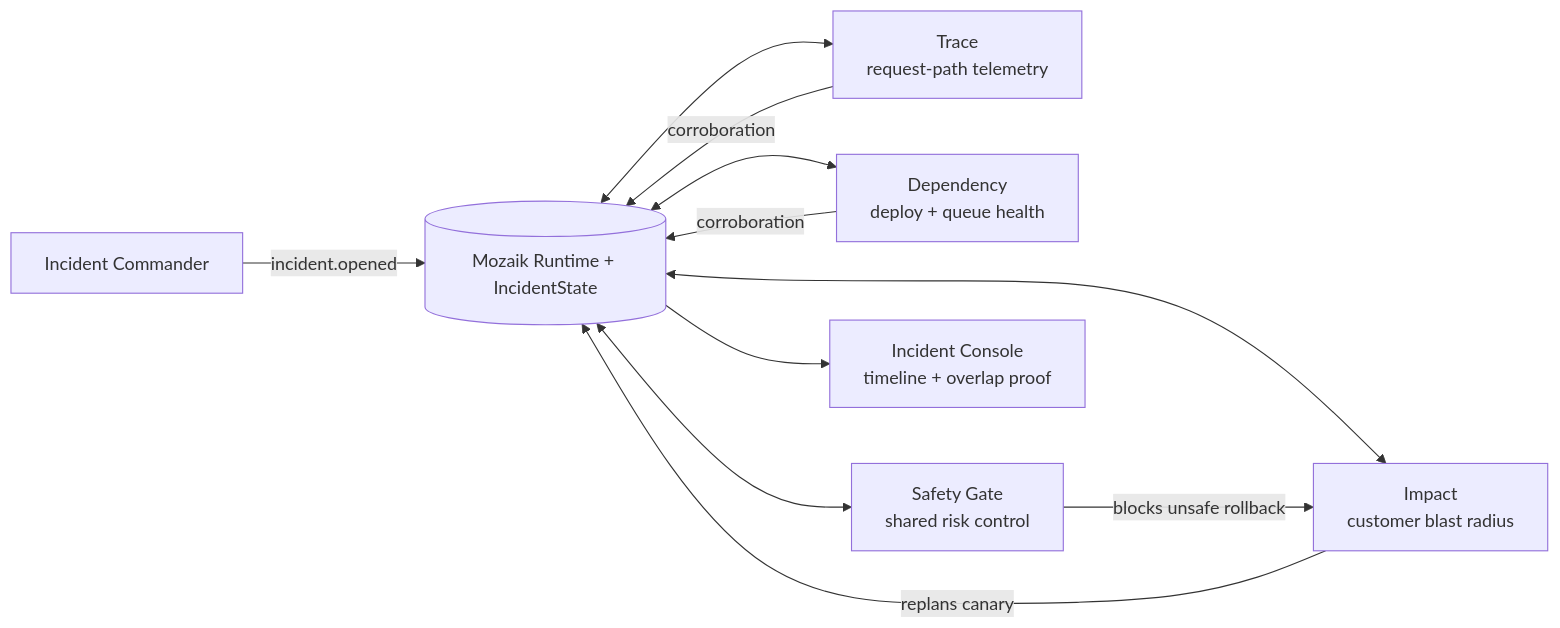
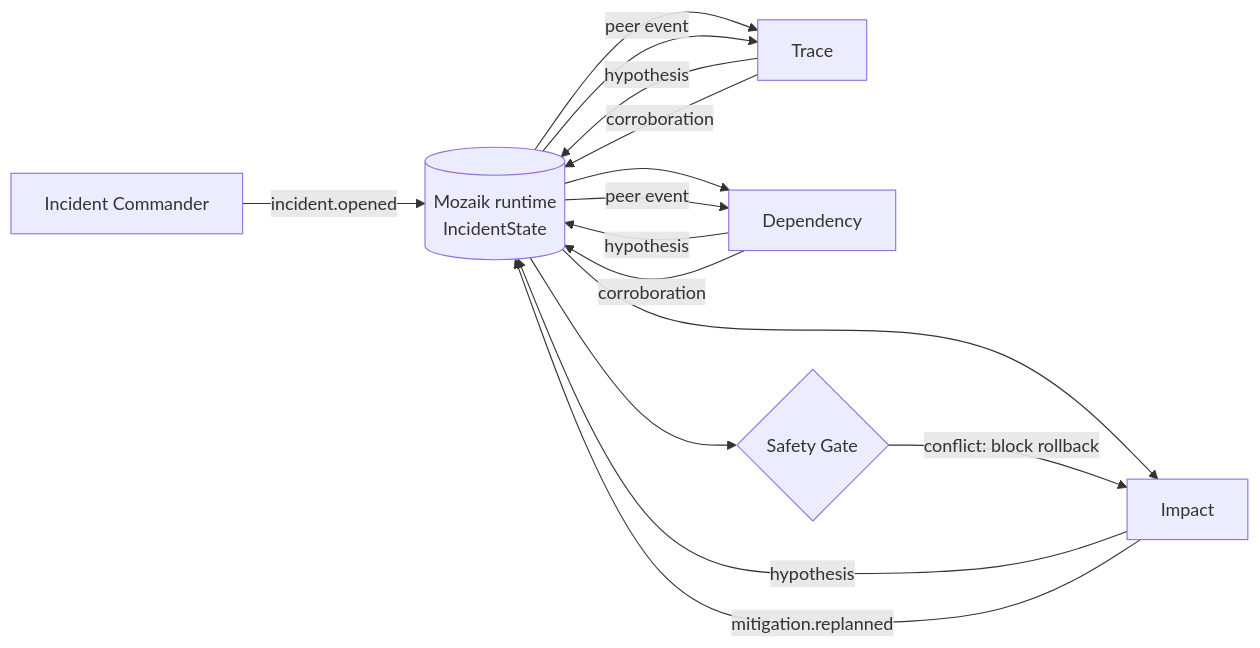
One commit to 1337isnot1337/incidentmesh changed the diagram in README.md. Above: the diagram before and after it, drawn with Mermaid. The commit also changed other lines of this file and 19 other files, not shown here.

````diff
--- a/README.md
+++ b/README.md
@@ -9,13 +92,17 @@
 ```mermaid
 flowchart LR
-  Commander[Incident Commander] -->|incident.opened| Runtime[(Mozaik Runtime + IncidentState)]
-  Runtime <--> Trace[Trace\nrequest-path telemetry]
-  Runtime <--> Dependency[Dependency\ndeploy + queue health]
-  Runtime <--> Impact[Impact\ncustomer blast radius]
-  Runtime <--> Gate[Safety Gate\nshared risk control]
-  Gate -->|blocks unsafe rollback| Impact
-  Impact -->|replans canary| Runtime
-  Trace -->|corroboration| Runtime
-  Dependency -->|corroboration| Runtime
-  Runtime --> Console[Incident Console\ntimeline + overlap proof]
+  C[Incident Commander] -->|incident.opened| R[(Mozaik runtime<br/>IncidentState)]
+  R --> T[Trace]
+  R --> D[Dependency]
+  R --> I[Impact]
+  T -->|hypothesis| R
+  D -->|hypothesis| R
+  I -->|hypothesis| R
+  R --> G{Safety Gate}
+  G -->|conflict: block rollback| I
+  I -->|mitigation.replanned| R
+  R -->|peer event| T
+  R -->|peer event| D
+  T -->|corroboration| R
+  D -->|corroboration| R
 ```
````
